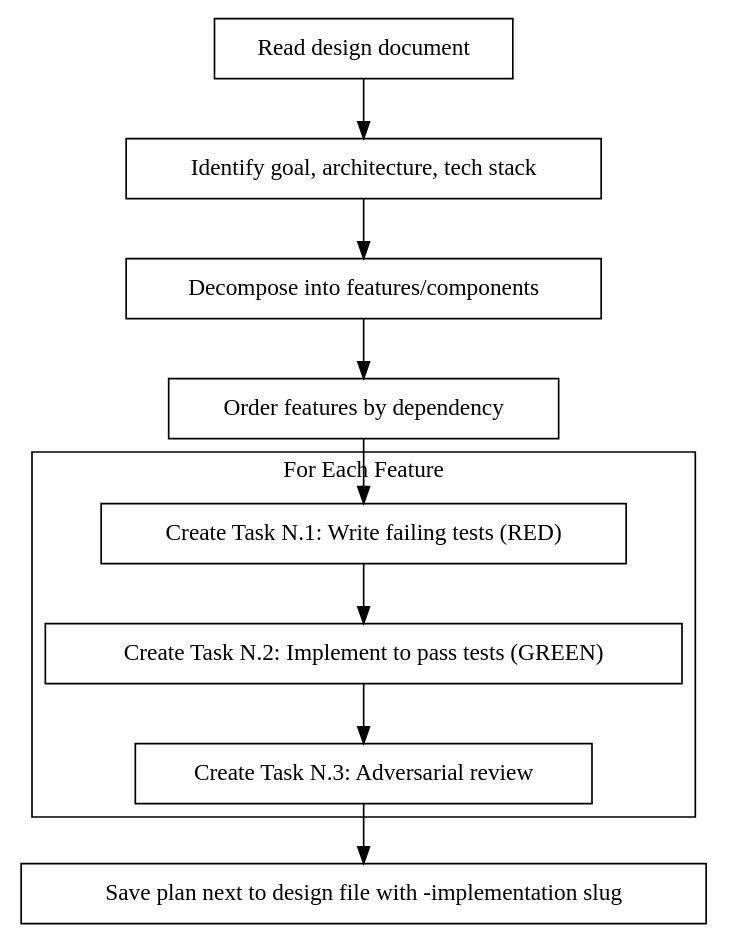
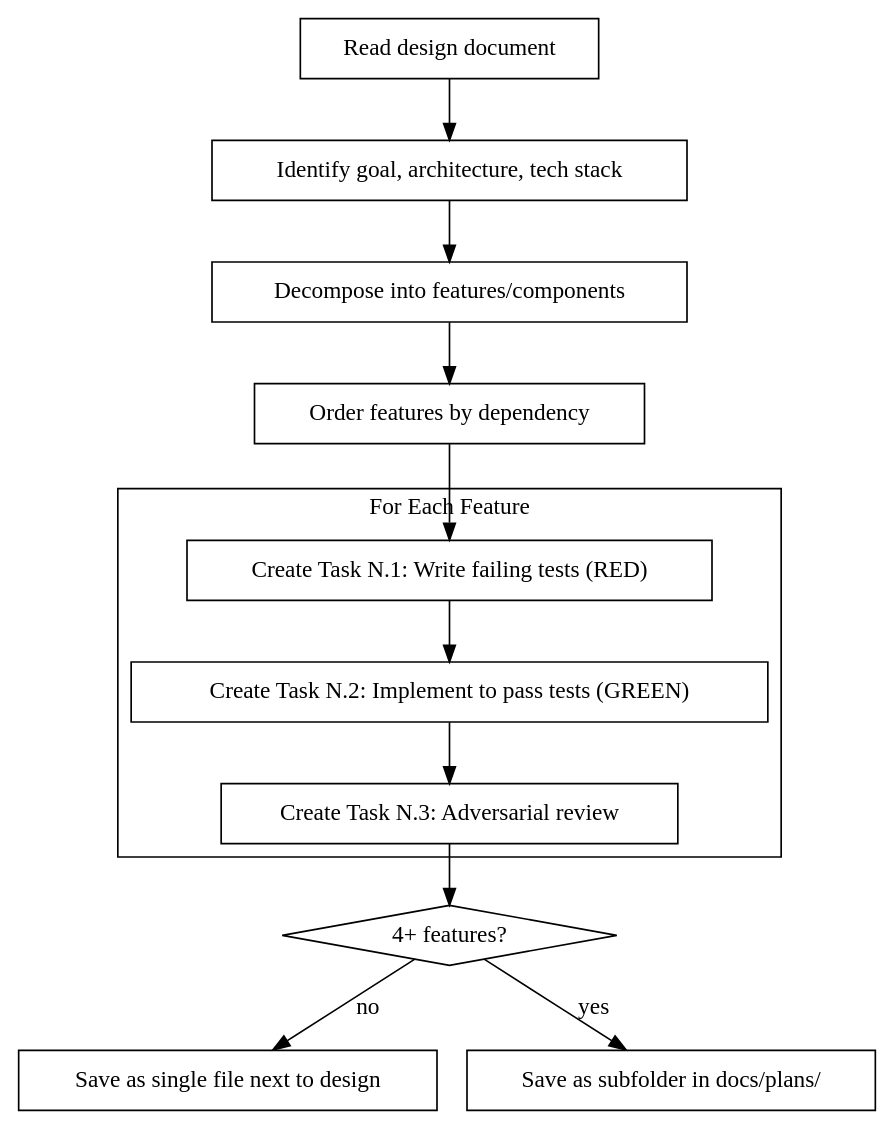
One commit to Dethon/ai-dev-flow changed the second of 2 diagrams in skills/writing-tdd-plans/SKILL.md. Above: the diagram before and after it, drawn with Graphviz. The commit also changed 5 other files, not shown here.

````diff
--- a/skills/writing-tdd-plans/SKILL.md
+++ b/skills/writing-tdd-plans/SKILL.md
@@ -33,27 +33,31 @@
 ```dot
 digraph process {
     rankdir=TB;
 
     "Read design document" [shape=box];
     "Identify goal, architecture, tech stack" [shape=box];
     "Decompose into features/components" [shape=box];
     "Order features by dependency" [shape=box];
 
     subgraph cluster_per_feature {
         label="For Each Feature";
         "Create Task N.1: Write failing tests (RED)" [shape=box];
         "Create Task N.2: Implement to pass tests (GREEN)" [shape=box];
         "Create Task N.3: Adversarial review" [shape=box];
     }
 
-    "Save plan next to design file with -implementation slug" [shape=box];
+    "4+ features?" [shape=diamond];
+    "Save as single file next to design" [shape=box];
+    "Save as subfolder in docs/plans/" [shape=box];
 
     "Read design document" -> "Identify goal, architecture, tech stack";
     "Identify goal, architecture, tech stack" -> "Decompose into features/components";
     "Decompose into features/components" -> "Order features by dependency";
     "Order features by dependency" -> "Create Task N.1: Write failing tests (RED)";
     "Create Task N.1: Write failing tests (RED)" -> "Create Task N.2: Implement to pass tests (GREEN)";
     "Create Task N.2: Implement to pass tests (GREEN)" -> "Create Task N.3: Adversarial review";
-    "Create Task N.3: Adversarial review" -> "Save plan next to design file with -implementation slug";
+    "Create Task N.3: Adversarial review" -> "4+ features?";
+    "4+ features?" -> "Save as subfolder in docs/plans/" [label="yes"];
+    "4+ features?" -> "Save as single file next to design" [label="no"];
 }
 ```
````
